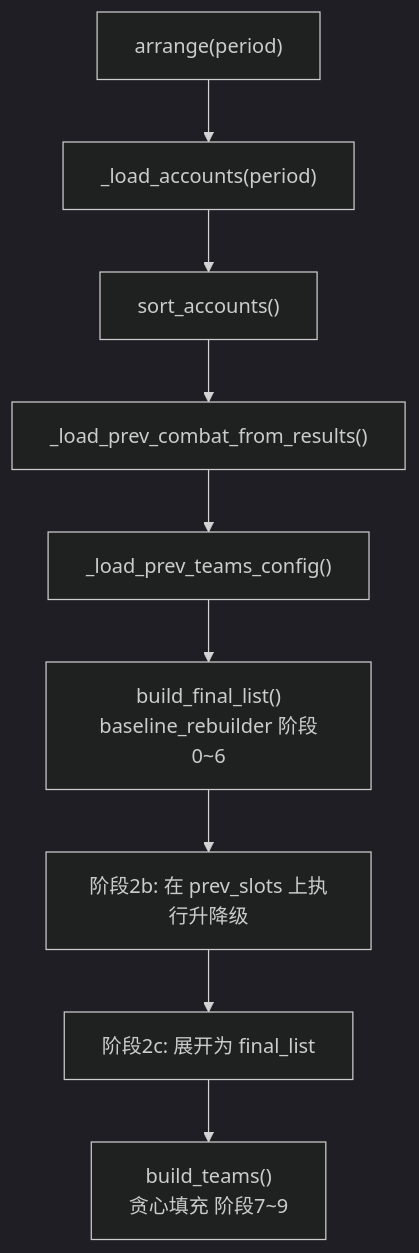
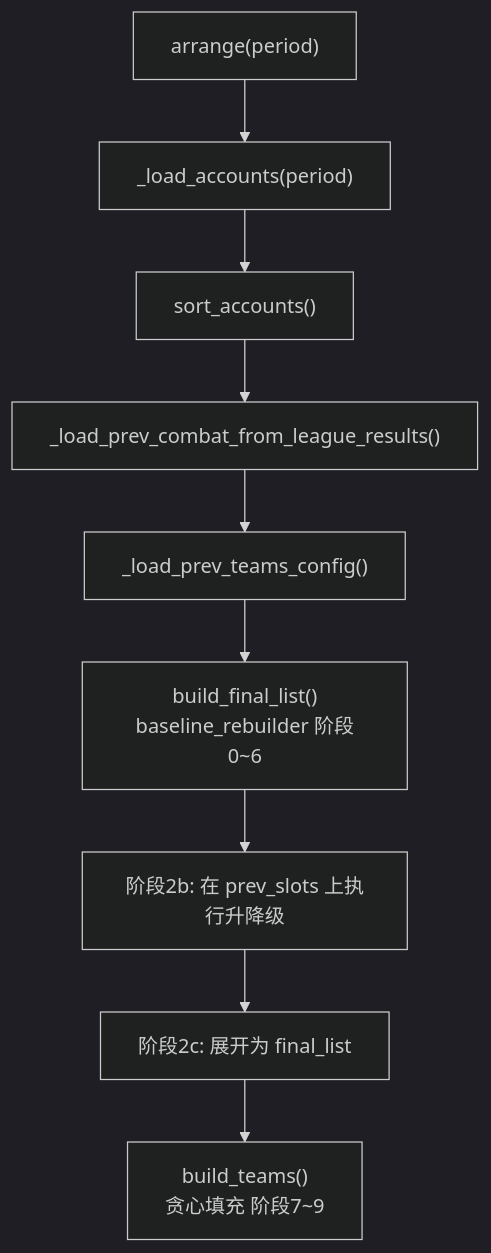
One commit to Pluto1944/sky-admin changed the diagram in docs/04-promotion-relegation.md. Above: the diagram before and after it, drawn with Mermaid (dark theme). The commit also changed other lines of this file and 33 other files, not shown here.

````diff
--- a/docs/04-promotion-relegation.md
+++ b/docs/04-promotion-relegation.md
@@ -167,11 +167,11 @@
 ```mermaid
 flowchart TD
     A["arrange(period)"] --> B["_load_accounts(period)"]
     B --> C["sort_accounts()"]
-    C --> D["_load_prev_combat_from_results()"]
+    C --> D["_load_prev_combat_from_league_results()"]
     D --> E["_load_prev_teams_config()"]
     E --> F["build_final_list()<br/>baseline_rebuilder 阶段0~6"]
     F --> G["阶段2b: 在 prev_slots 上执行升降级"]
     G --> H["阶段2c: 展开为 final_list"]
     H --> I["build_teams()<br/>贪心填充 阶段7~9"]
 ```
````
